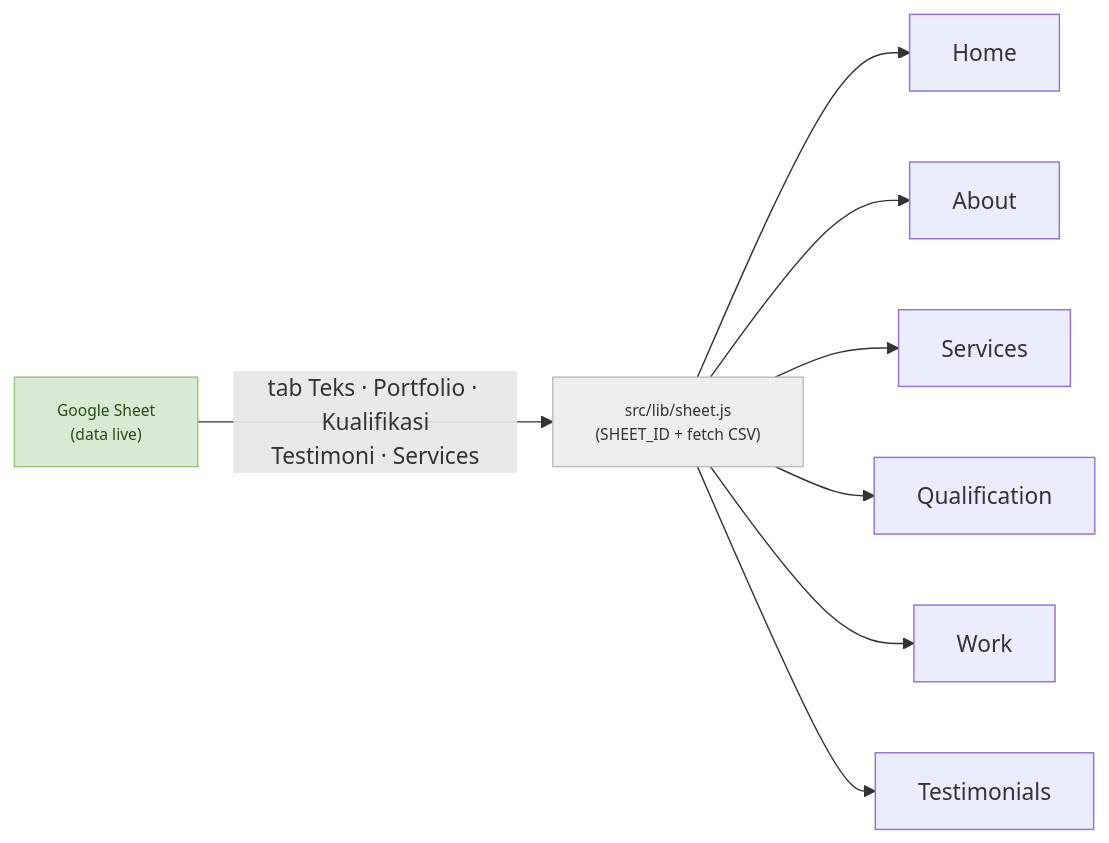
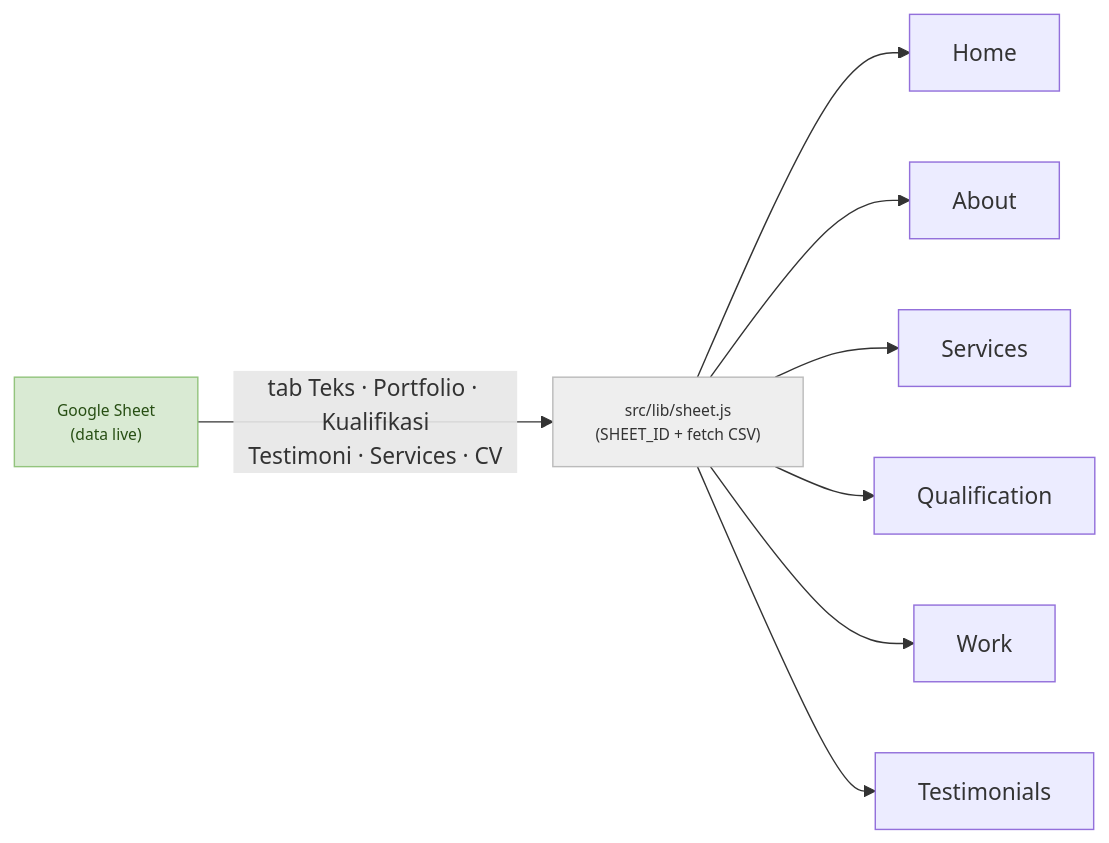
Before and after one commit to Zen-Rofiqy/portfolio: the second of 2 diagrams in ARCHITECTURE.md, drawn with Mermaid. The commit also changed other lines of this file and 2 other files, not shown here.

````diff
--- a/ARCHITECTURE.md
+++ b/ARCHITECTURE.md
@@ -51,16 +51,16 @@
 ```mermaid
 graph LR
-  Sheet["Google Sheet<br/>(data live)"] -->|"tab Teks · Portfolio · Kualifikasi<br/>Testimoni · Services"| Lib["src/lib/sheet.js<br/>(SHEET_ID + fetch CSV)"]
+  Sheet["Google Sheet<br/>(data live)"] -->|"tab Teks · Portfolio · Kualifikasi<br/>Testimoni · Services · CV"| Lib["src/lib/sheet.js<br/>(SHEET_ID + fetch CSV)"]
 
   Lib --> Home
   Lib --> About
   Lib --> Services
   Lib --> Qualification
   Lib --> Work
   Lib --> Testimonials
 
   classDef ext fill:#d9ead3,stroke:#93c47d,color:#274e13,font-size:11px;
   classDef sub fill:#eee,stroke:#bbb,color:#333,font-size:11px;
   class Sheet ext;
   class Lib sub;
 ```
````
